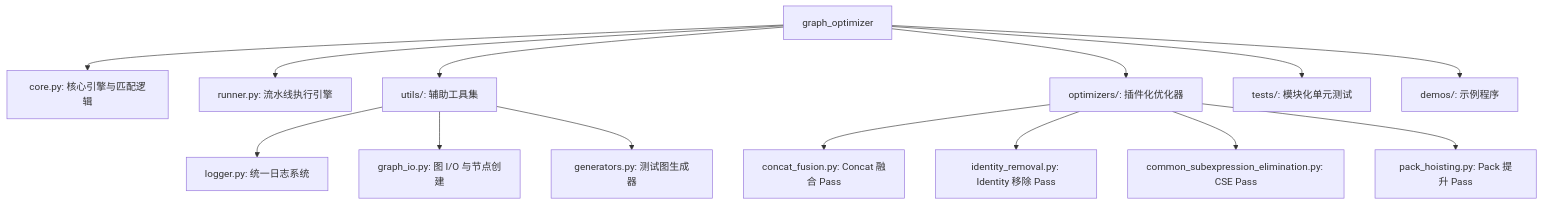
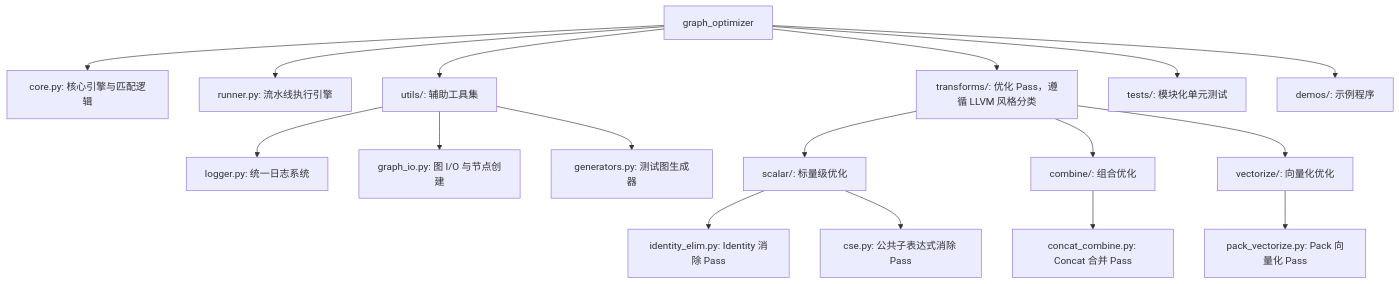
The diagram in readme_cn.md (Iorest/graph_optimizer), drawn with Mermaid before and after one commit. The commit also changed other lines of this file and 49 other files, not shown here.

````diff
--- a/readme_cn.md
+++ b/readme_cn.md
@@ -19,16 +19,19 @@
 ```mermaid
-graph TD
+ graph TD
     Root[graph_optimizer] --> Core[core.py: 核心引擎与匹配逻辑]
     Root --> Runner[runner.py: 流水线执行引擎]
     Root --> Utils[utils/: 辅助工具集]
     Utils --> Log[logger.py: 统一日志系统]
     Utils --> IO[graph_io.py: 图 I/O 与节点创建]
     Utils --> Gen[generators.py: 测试图生成器]
-    Root --> Opts[optimizers/: 插件化优化器]
-    Opts --> CF[concat_fusion.py: Concat 融合 Pass]
-    Opts --> IR[identity_removal.py: Identity 移除 Pass]
-    Opts --> CSE[common_subexpression_elimination.py: CSE Pass]
-    Opts --> PH[pack_hoisting.py: Pack 提升 Pass]
+    Root --> Transforms[transforms/: 优化 Pass，遵循 LLVM 风格分类]
+    Transforms --> Scalar[scalar/: 标量级优化]
+    Scalar --> IdentityElim[identity_elim.py: Identity 消除 Pass]
+    Scalar --> CSE[cse.py: 公共子表达式消除 Pass]
+    Transforms --> Combine[combine/: 组合优化]
+    Combine --> ConcatCombine[concat_combine.py: Concat 合并 Pass]
+    Transforms --> Vectorize[vectorize/: 向量化优化]
+    Vectorize --> PackVectorize[pack_vectorize.py: Pack 向量化 Pass]
     Root --> Tests[tests/: 模块化单元测试]
     Root --> Demos[demos/: 示例程序]
 ```
````
